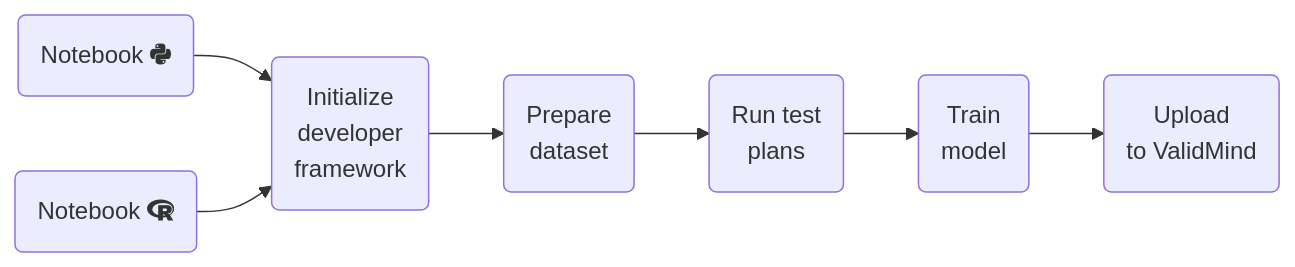
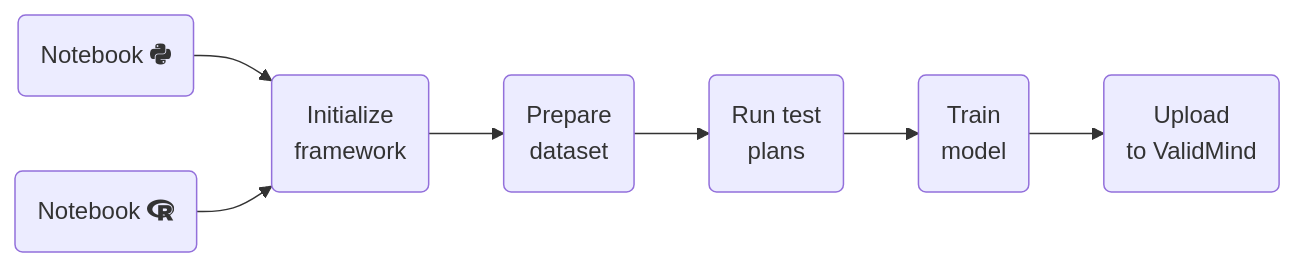
Before and after one commit to validmind/documentation: the diagram in site/guide/get-started.qmd, drawn with Mermaid. The commit also changed other lines of this file and 7 other files, not shown here.

````diff
--- a/site/guide/get-started.qmd
+++ b/site/guide/get-started.qmd
@@ -12,12 +10,12 @@
 ```{mermaid}
-%%| fig-width: 6.5
+%%| fig-width: 7
 flowchart LR
   A(Notebook <i class='fa-brands fa-python'></i>)
   B(Notebook <i class='fa-brands fa-r-project'></i>)
-  A --> C(Initialize <br>developer<br>framework)
+  A --> C(Initialize<br>framework)
   B --> C
   C --> D(Prepare<br>dataset)
   D --> E(Run test<br>plans)
   E --> F(Train<br>model)
   F --> G(Upload<br>to ValidMind)
 ```
````
